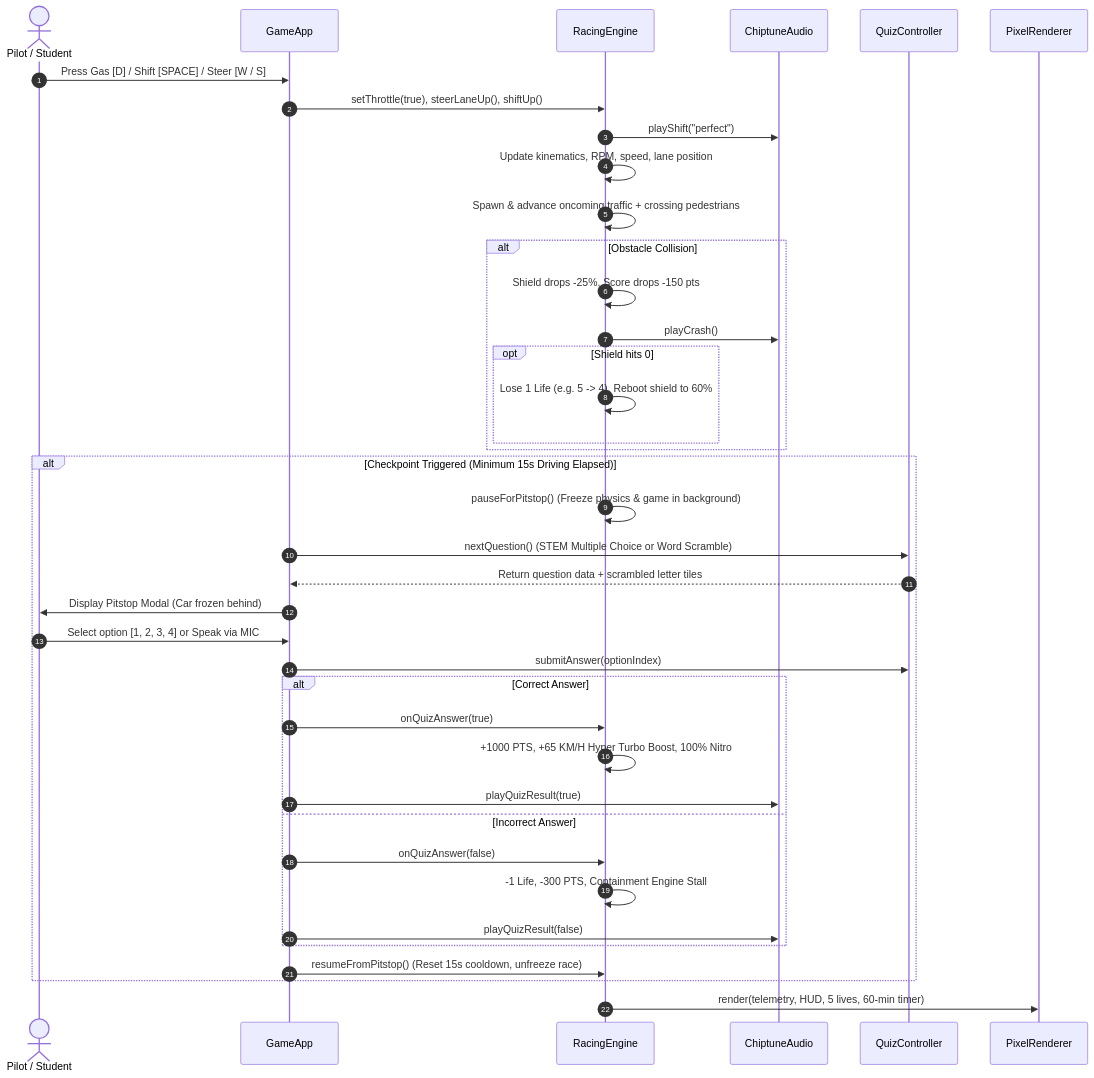
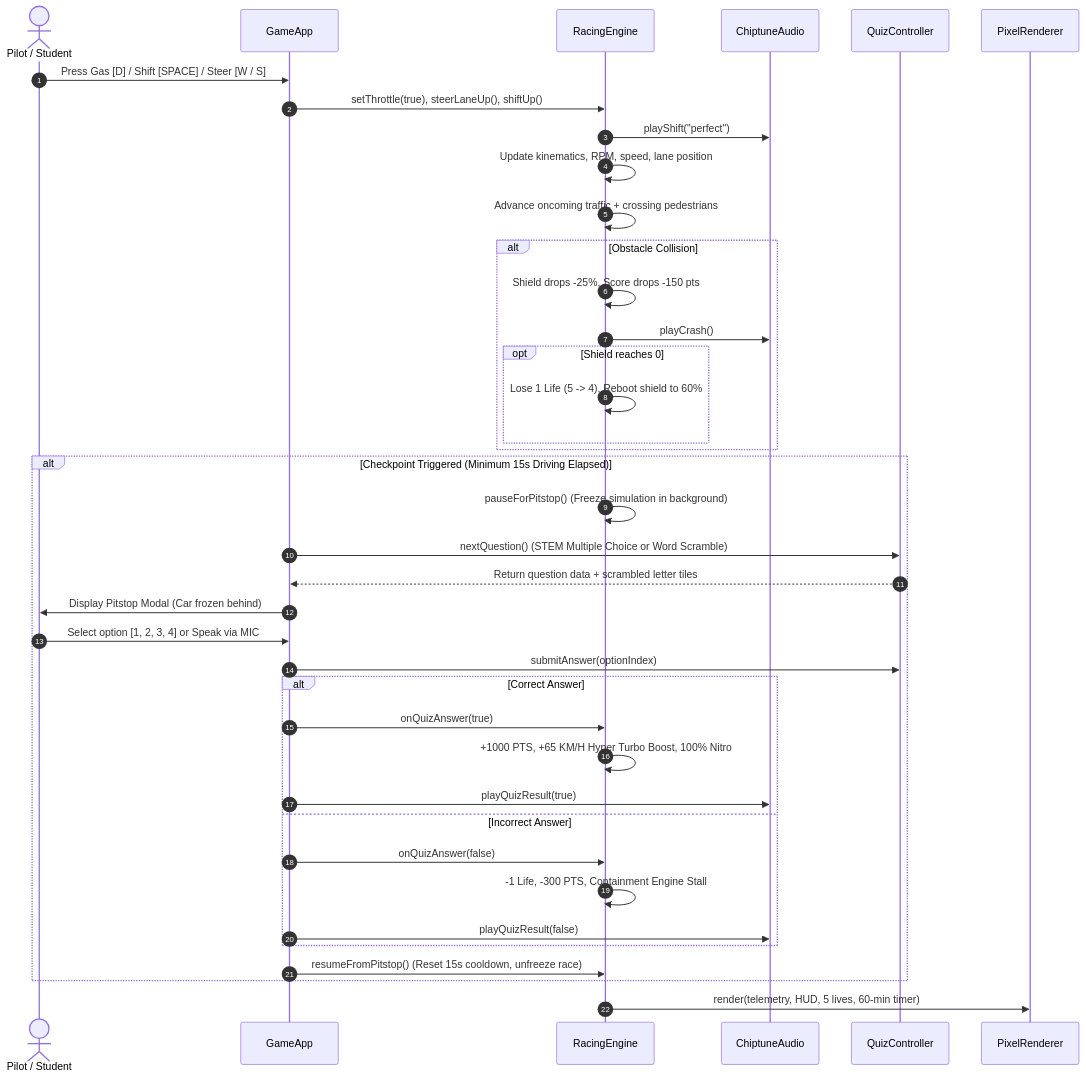
Before and after one commit to z99wE/gojodojo: the second of 2 diagrams in README.md, drawn with Mermaid. The commit also changed other lines of this file, not shown here.

````diff
--- a/README.md
+++ b/README.md
@@ -76,45 +232,45 @@
 ```mermaid
 sequenceDiagram
     autonumber
     actor Player as Pilot / Student
     participant Main as GameApp
     participant Engine as RacingEngine
     participant Audio as ChiptuneAudio
     participant Quiz as QuizController
     participant Canvas as PixelRenderer
 
     Player->>Main: Press Gas [D] / Shift [SPACE] / Steer [W / S]
     Main->>Engine: setThrottle(true), steerLaneUp(), shiftUp()
     Engine->>Audio: playShift("perfect")
     Engine->>Engine: Update kinematics, RPM, speed, lane position
-    Engine->>Engine: Spawn & advance oncoming traffic + crossing pedestrians
+    Engine->>Engine: Advance oncoming traffic + crossing pedestrians
     
     alt Obstacle Collision
         Engine->>Engine: Shield drops -25%, Score drops -150 pts
         Engine->>Audio: playCrash()
-        opt Shield hits 0
-            Engine->>Engine: Lose 1 Life (e.g. 5 -> 4), Reboot shield to 60%
+        opt Shield reaches 0
+            Engine->>Engine: Lose 1 Life (5 -> 4), Reboot shield to 60%
         end
     end
 
     alt Checkpoint Triggered (Minimum 15s Driving Elapsed)
-        Engine->>Engine: pauseForPitstop() (Freeze physics & game in background)
+        Engine->>Engine: pauseForPitstop() (Freeze simulation in background)
         Main->>Quiz: nextQuestion() (STEM Multiple Choice or Word Scramble)
         Quiz-->>Main: Return question data + scrambled letter tiles
         Main->>Player: Display Pitstop Modal (Car frozen behind)
         Player->>Main: Select option [1, 2, 3, 4] or Speak via MIC
         Main->>Quiz: submitAnswer(optionIndex)
         alt Correct Answer
             Main->>Engine: onQuizAnswer(true)
             Engine->>Engine: +1000 PTS, +65 KM/H Hyper Turbo Boost, 100% Nitro
             Main->>Audio: playQuizResult(true)
         else Incorrect Answer
             Main->>Engine: onQuizAnswer(false)
             Engine->>Engine: -1 Life, -300 PTS, Containment Engine Stall
             Main->>Audio: playQuizResult(false)
         end
         Main->>Engine: resumeFromPitstop() (Reset 15s cooldown, unfreeze race)
     end
 
     Engine->>Canvas: render(telemetry, HUD, 5 lives, 60-min timer)
 ```
````
